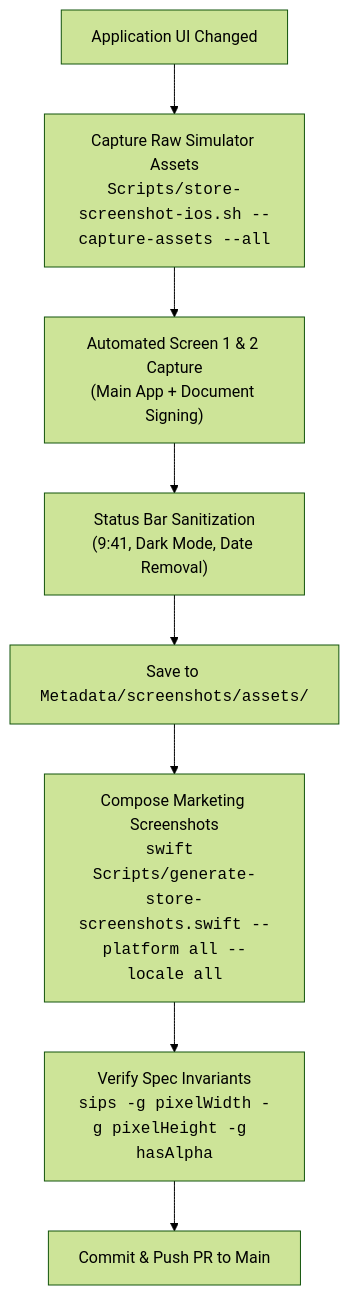
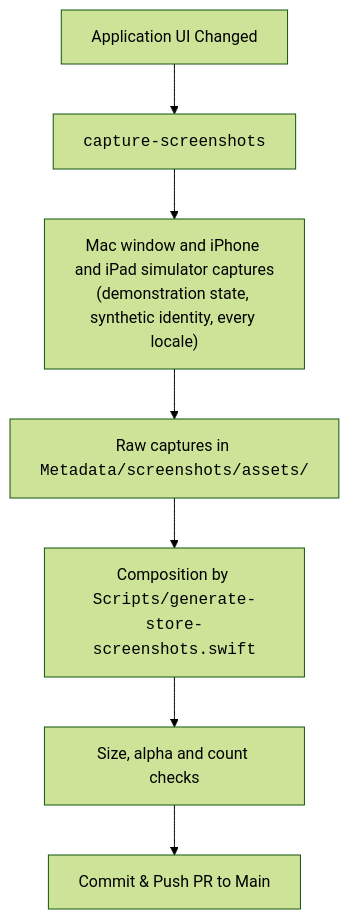
Before and after one commit to refineid/refineid-apple: the diagram in Documentation/app-store-screenshots.md, drawn with Mermaid (forest theme). The commit also changed other lines of this file and 54 other files, not shown here.

First line of the commit message:
Capture and compose the App Store screenshots in one command (#232)

````diff
--- a/Documentation/app-store-screenshots.md
+++ b/Documentation/app-store-screenshots.md
@@ -93,10 +97,9 @@
 ```mermaid
 flowchart TD
-    A["Application UI Changed"] --> B["Capture Raw Simulator Assets<br/><code>Scripts/store-screenshot-ios.sh --capture-assets --all</code>"]
-    B --> C["Automated Screen 1 & 2 Capture<br/>(Main App + Document Signing)"]
-    C --> D["Status Bar Sanitization<br/>(9:41, Dark Mode, Date Removal)"]
-    D --> E["Save to <code>Metadata/screenshots/assets/</code>"]
-    E --> F["Compose Marketing Screenshots<br/><code>swift Scripts/generate-store-screenshots.swift --platform all --locale all</code>"]
-    F --> G["Verify Spec Invariants<br/><code>sips -g pixelWidth -g pixelHeight -g hasAlpha</code>"]
-    G --> H["Commit & Push PR to Main"]
+    A["Application UI Changed"] --> B["<code>capture-screenshots</code>"]
+    B --> C["Mac window and iPhone and iPad simulator captures<br/>(demonstration state, synthetic identity, every locale)"]
+    C --> D["Raw captures in <code>Metadata/screenshots/assets/</code>"]
+    D --> E["Composition by <code>Scripts/generate-store-screenshots.swift</code>"]
+    E --> F["Size, alpha and count checks"]
+    F --> G["Commit & Push PR to Main"]
 ```
````
